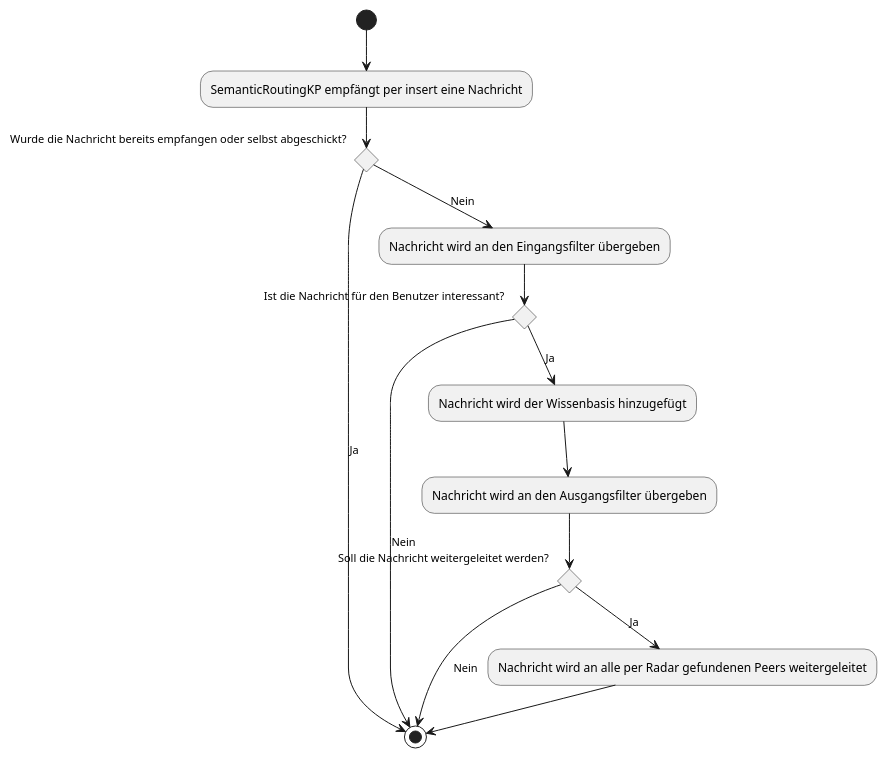
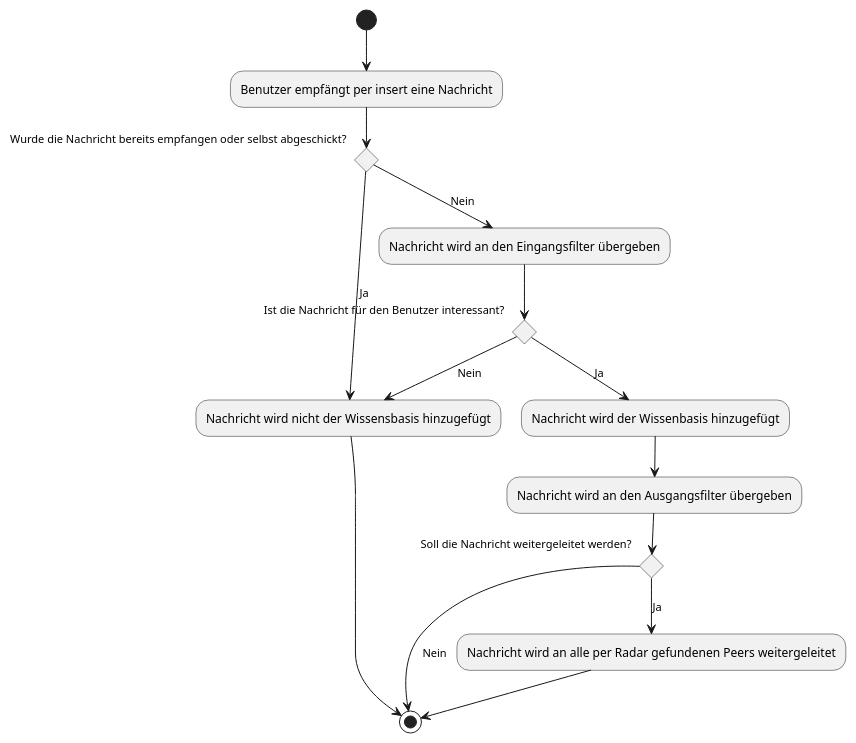
The diagram in plantuml/broadcastReceive.puml (SharedKnowledge/Documentation), drawn with PlantUML before and after one commit. The commit also changed 4 other files, not shown here.

```diff
--- a/plantuml/broadcastReceive.puml
+++ b/plantuml/broadcastReceive.puml
@@ -1,22 +1,24 @@
 @startuml
-(*)  --> "SemanticRoutingKP empfängt per insert eine Nachricht"
+(*)  --> "Benutzer empfängt per insert eine Nachricht"
 If "Wurde die Nachricht bereits empfangen oder selbst abgeschickt?"
-    -->[Ja](*)
+    -->[Ja] "Nachricht wird nicht der Wissensbasis hinzugefügt"
+    -->(*)
     else
     -->[Nein] "Nachricht wird an den Eingangsfilter übergeben"
     if "Ist die Nachricht für den Benutzer interessant?"
         -->[Ja]"Nachricht wird der Wissenbasis hinzugefügt"
         --> "Nachricht wird an den Ausgangsfilter übergeben"
         if "Soll die Nachricht weitergeleitet werden?"
             -->[Ja]"Nachricht wird an alle per Radar gefundenen Peers weitergeleitet"
             -->(*)
             else
             -->[Nein](*)
             Endif
 
         else
-        -->[Nein](*)
+        -->[Nein] "Nachricht wird nicht der Wissensbasis hinzugefügt"
+
         Endif
 Endif
 
 @enduml
```
